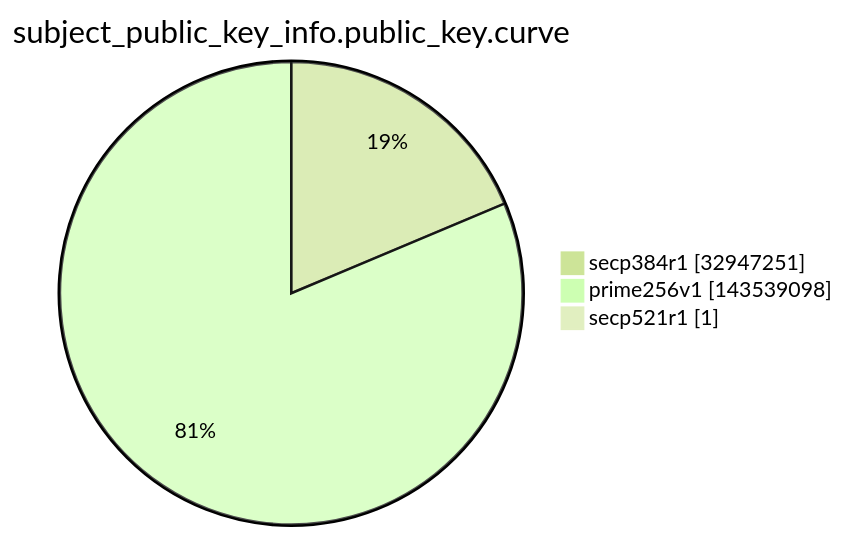
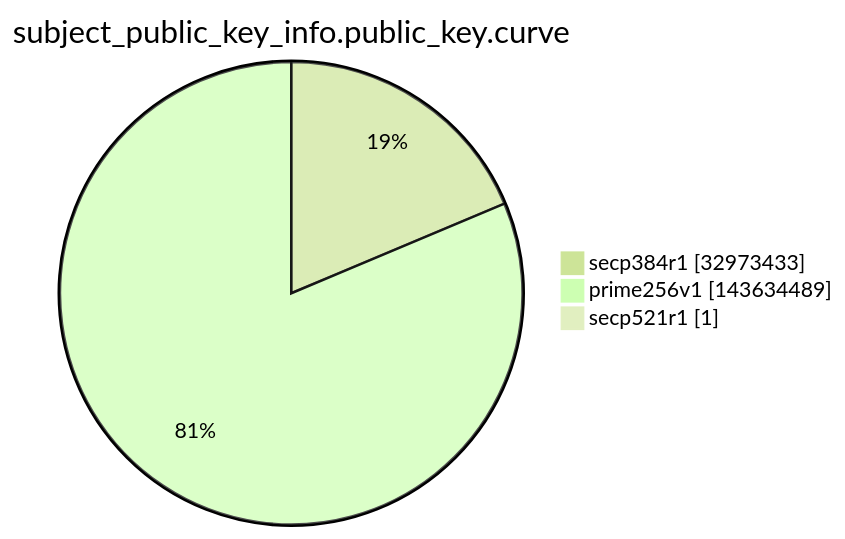
The ninth of 15 diagrams in argon2022/README.md (christiankrug/ctmonitor_visualization), drawn with Mermaid (forest theme) before and after one commit. The commit also changed other lines of this file, not shown here.

````diff
--- a/argon2022/README.md
+++ b/argon2022/README.md
@@ -2764,7 +2764,7 @@
 ```mermaid
 pie showData
 title subject_public_key_info.public_key.curve
-"secp384r1" :32947251
-"prime256v1" :143539098
+"secp384r1" :32973433
+"prime256v1" :143634489
 "secp521r1" :1
 ```
````
